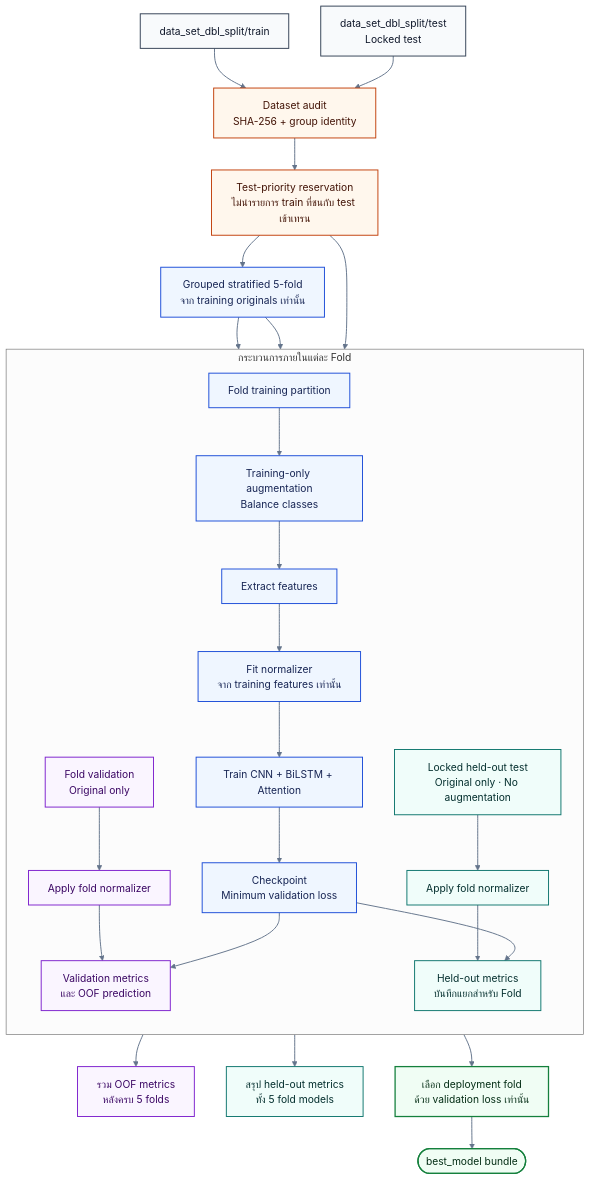
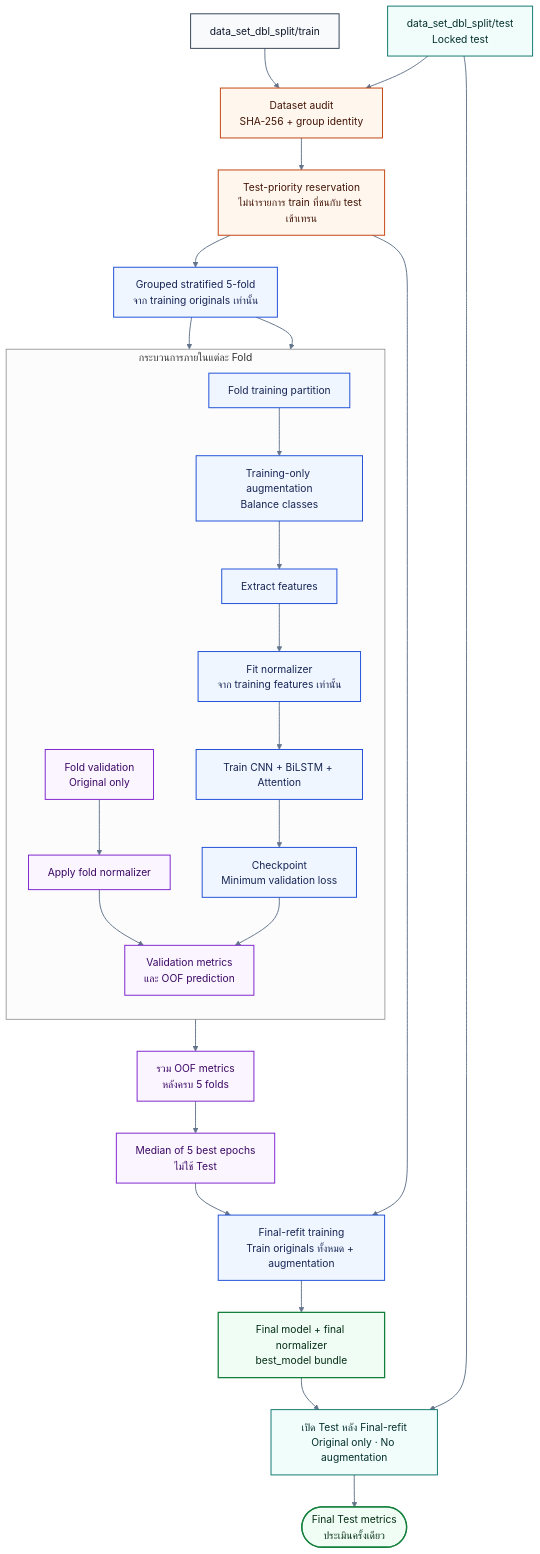
One commit to THAKORN-MK/INFANT-CRY-APP- changed the second of 2 diagrams in Architecture.md. Above: the diagram before and after it, drawn with Mermaid (neutral theme). The commit also changed other lines of this file and 2535 other files, not shown here.

````diff
--- a/Architecture.md
+++ b/Architecture.md
@@ -269,48 +269,47 @@
 ```mermaid
 flowchart TB
     A["data_set_dbl_split/train"] --> C["Dataset audit<br/>SHA-256 + group identity"]
     B["data_set_dbl_split/test<br/>Locked test"] --> C
     C --> D["Test-priority reservation<br/>ไม่นำรายการ train ที่ชนกับ test เข้าเทรน"]
     D --> E["Grouped stratified 5-fold<br/>จาก training originals เท่านั้น"]
 
     subgraph FOLD["กระบวนการภายในแต่ละ Fold"]
         direction TB
         F["Fold training partition"] --> G["Training-only augmentation<br/>Balance classes"]
         G --> H["Extract features"]
         H --> I["Fit normalizer<br/>จาก training features เท่านั้น"]
         I --> J["Train CNN + BiLSTM + Attention"]
         J --> K["Checkpoint<br/>Minimum validation loss"]
 
         L["Fold validation<br/>Original only"] --> M["Apply fold normalizer"]
         M --> N["Validation metrics<br/>และ OOF prediction"]
         K --> N
-
-        O["Locked held-out test<br/>Original only · No augmentation"] --> P["Apply fold normalizer"]
-        P --> Q["Held-out metrics<br/>บันทึกแยกสำหรับ Fold"]
-        K --> Q
     end
 
     E --> F
     E --> L
-    D --> O
     N --> R["รวม OOF metrics<br/>หลังครบ 5 folds"]
-    Q --> S["สรุป held-out metrics<br/>ทั้ง 5 fold models"]
-    K --> T["เลือก deployment fold<br/>ด้วย validation loss เท่านั้น"]
-    T --> U(["best_model bundle"])
+    R --> S["Median of 5 best epochs<br/>ไม่ใช้ Test"]
+    D --> T["Final-refit training<br/>Train originals ทั้งหมด + augmentation"]
+    S --> T
+    T --> U["Final model + final normalizer<br/>best_model bundle"]
+    B --> V["เปิด Test หลัง Final-refit<br/>Original only · No augmentation"]
+    U --> V
+    V --> W(["Final Test metrics<br/>ประเมินครั้งเดียว"])
 
     classDef data fill:#F8FAFC,stroke:#334155,color:#0F172A,stroke-width:1.5px;
     classDef audit fill:#FFF7ED,stroke:#C2410C,color:#431407,stroke-width:1.5px;
     classDef train fill:#EFF6FF,stroke:#1D4ED8,color:#172554,stroke-width:1.5px;
     classDef validation fill:#FAF5FF,stroke:#7E22CE,color:#3B0764,stroke-width:1.5px;
     classDef test fill:#F0FDFA,stroke:#0F766E,color:#042F2E,stroke-width:1.5px;
     classDef result fill:#F0FDF4,stroke:#15803D,color:#052E16,stroke-width:2px;
 
     class A,B data;
     class C,D audit;
-    class E,F,G,H,I,J,K train;
-    class L,M,N,R validation;
-    class O,P,Q,S test;
-    class T,U result;
+    class E,F,G,H,I,J,K,T train;
+    class L,M,N,R,S validation;
+    class B,V,W test;
+    class U,W result;
 
     linkStyle default stroke:#64748B,stroke-width:1.5px;
 ```
````
